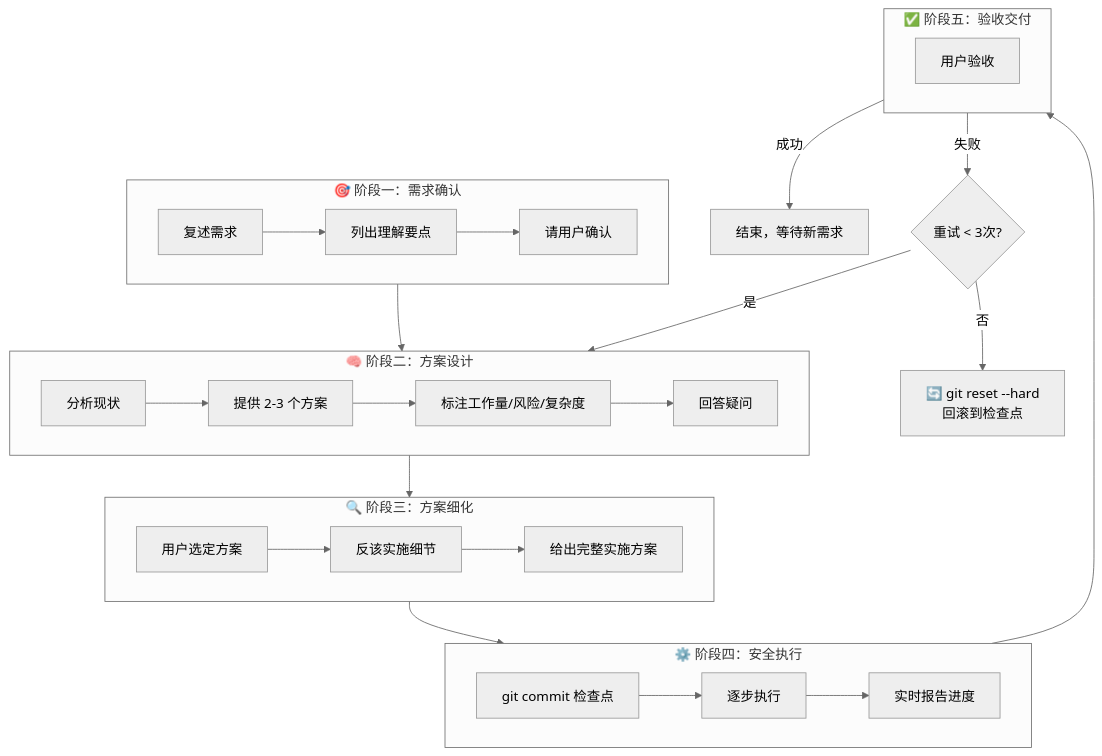
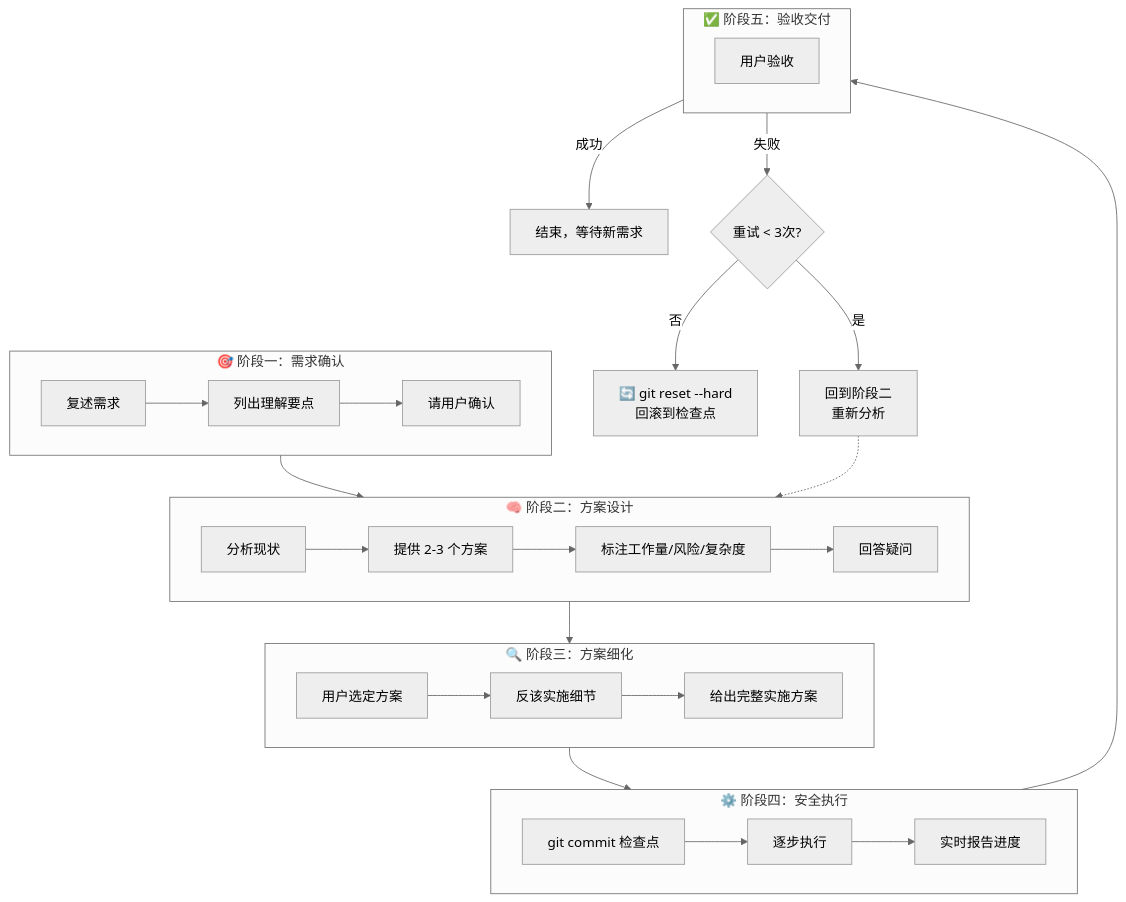
Before and after one commit to NiannianSoHungry/check-then-go-skill: the diagram in README.md, drawn with Mermaid (neutral theme).

Commit message:
fix: 修正 Mermaid 失败回滚布局，用中继节点保持 TD 顺序

````diff
--- a/README.md
+++ b/README.md
@@ -53,42 +53,43 @@
 ```mermaid
 flowchart TD
     subgraph 阶段一["🎯 阶段一：需求确认"]
         direction LR
         A1[复述需求] --> A2[列出理解要点]
         A2 --> A3[请用户确认]
     end
 
     subgraph 阶段二["🧠 阶段二：方案设计"]
         direction LR
         B1[分析现状] --> B2[提供 2-3 个方案]
         B2 --> B3[标注工作量/风险/复杂度]
         B3 --> B4[回答疑问]
     end
 
     subgraph 阶段三["🔍 阶段三：方案细化"]
         direction LR
         C1[用户选定方案] --> C2[反该实施细节]
         C2 --> C3[给出完整实施方案]
     end
 
     subgraph 阶段四["⚙️ 阶段四：安全执行"]
         direction LR
         D1[git commit 检查点] --> D2[逐步执行]
         D2 --> D3[实时报告进度]
     end
 
     subgraph 阶段五["✅ 阶段五：验收交付"]
         direction LR
         E1[用户验收]
     end
 
     阶段一 --> 阶段二
     阶段二 --> 阶段三
     阶段三 --> 阶段四
     阶段四 --> 阶段五
 
     E1 -->|成功| F[结束，等待新需求]
     E1 -->|失败| G{重试 < 3次?}
-    G -->|是| 阶段二
     G -->|否| H[🔄 git reset --hard<br/>回滚到检查点]
+    G -->|是| 回到阶段二[回到阶段二<br/>重新分析]
+    回到阶段二 -.-> 阶段二
 ```
````
